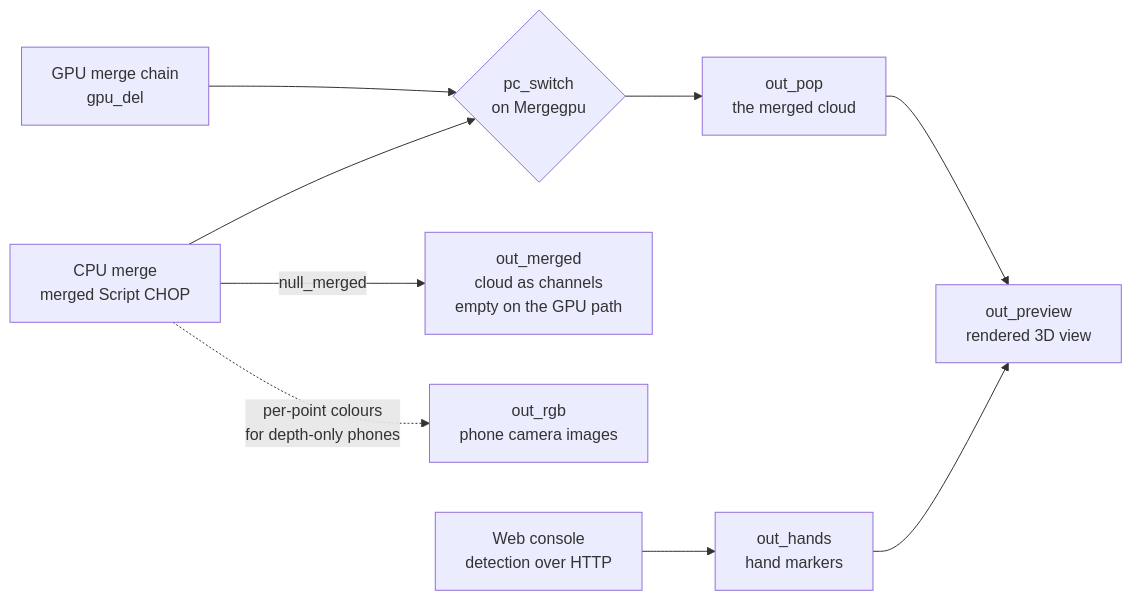
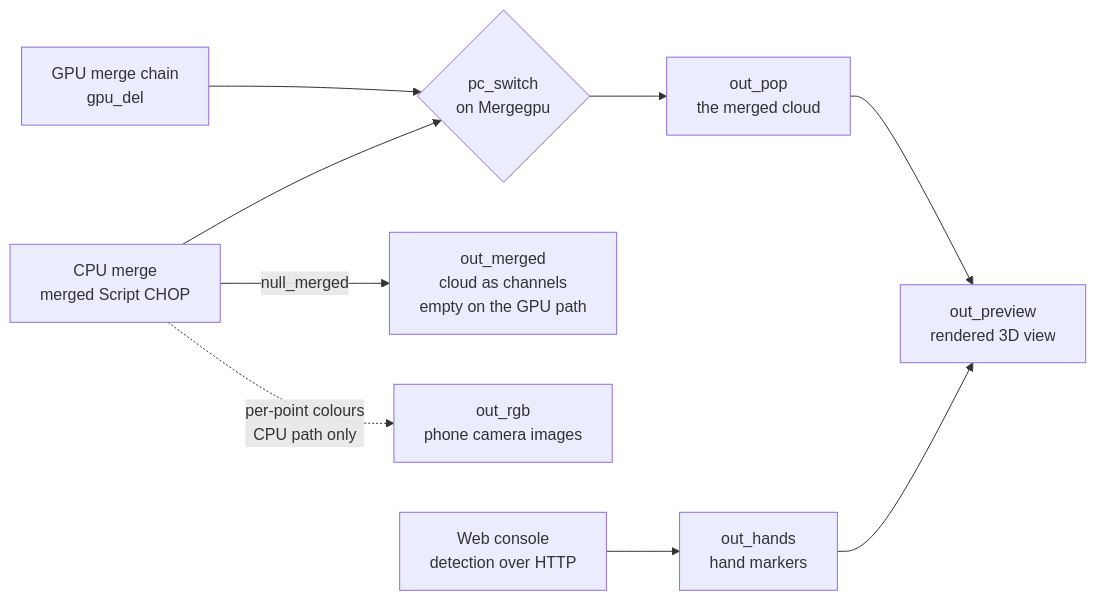
The diagram in td/outputs.md (AristidesAI/TDStage-Docs), drawn with Mermaid before and after one commit. The commit also changed 2 other files, not shown here.

````diff
--- a/td/outputs.md
+++ b/td/outputs.md
@@ -23,21 +23,21 @@
 ```mermaid
 flowchart LR
   GPU["GPU merge chain<br/>gpu_del"]
   CPU["CPU merge<br/>merged Script CHOP"]
   SW{"pc_switch<br/>on Mergegpu"}
   POP["out_pop<br/>the merged cloud"]
   CH["out_merged<br/>cloud as channels<br/>empty on the GPU path"]
   RGB["out_rgb<br/>phone camera images"]
   PRE["out_preview<br/>rendered 3D view"]
   HAN["out_hands<br/>hand markers"]
   CONS["Web console<br/>detection over HTTP"]
 
   GPU --> SW
   CPU --> SW
   SW --> POP
   CPU -- "null_merged" --> CH
-  CPU -. "per-point colours<br/>for depth-only phones" .-> RGB
+  CPU -. "per-point colours<br/>CPU path only" .-> RGB
   POP --> PRE
   CONS --> HAN
   HAN --> PRE
 ```
````
